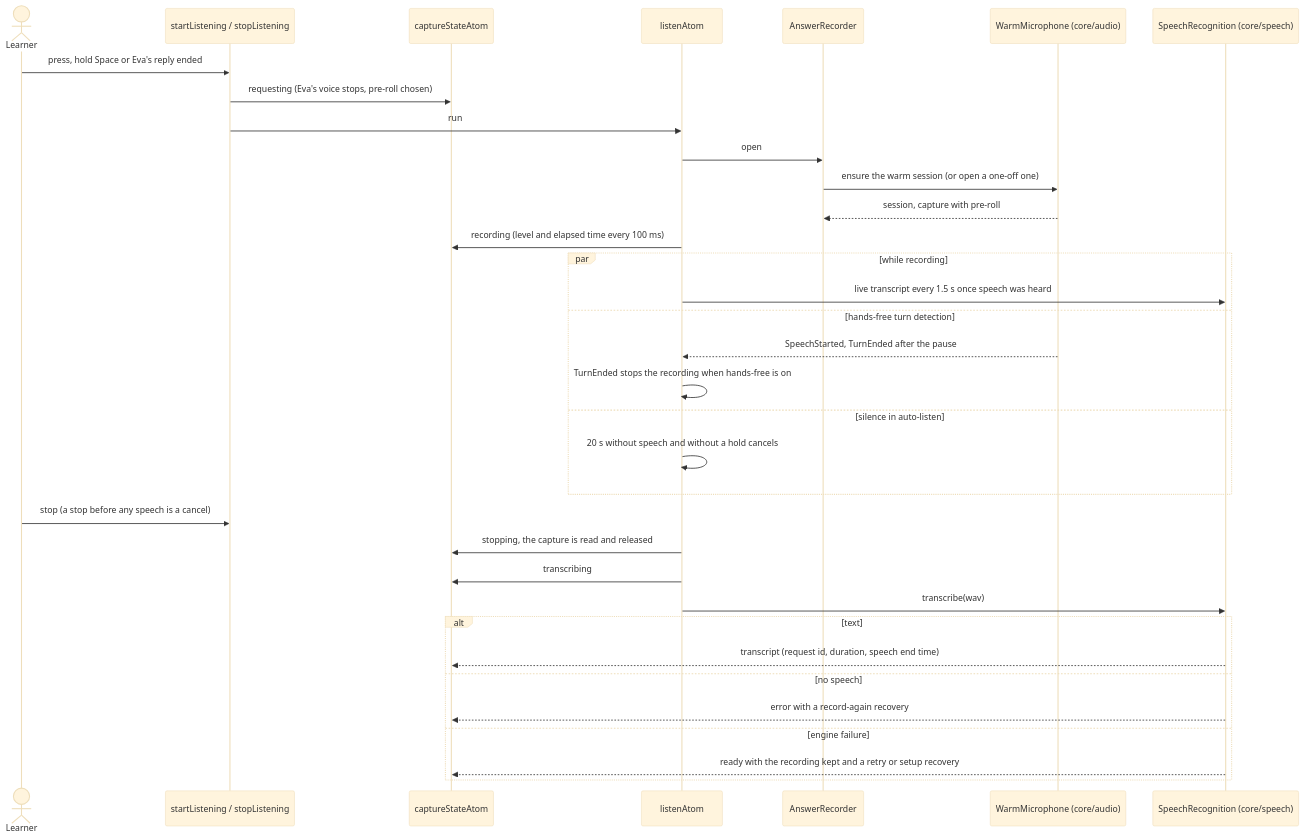
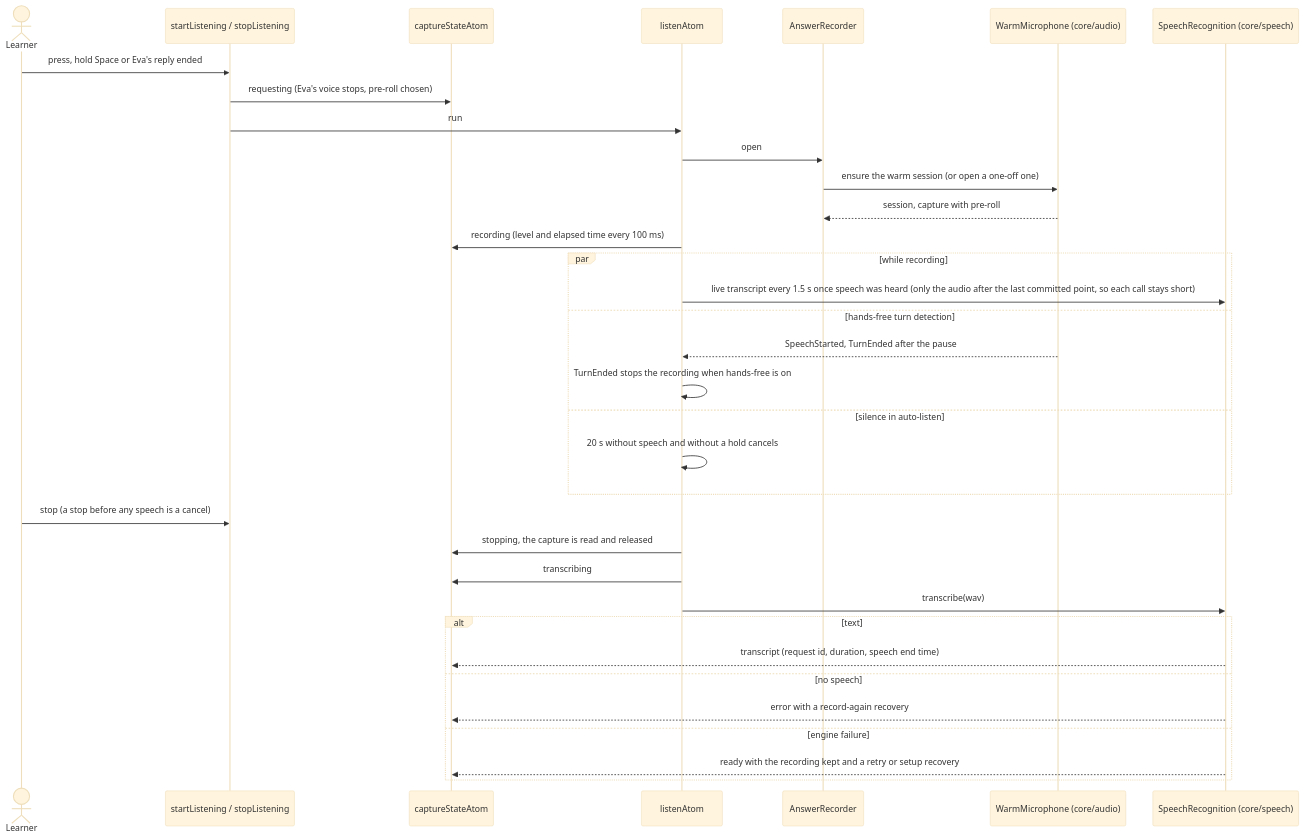
Before and after one commit to oleksii-latyshev/english-trainer: the diagram in src/core/answer-capture/flow.md, drawn with Mermaid (base theme). The commit also changed 18 other files, not shown here.

First line of the commit message:
fix(speech): live transcript shows words while the learner speaks (#153)

````diff
--- a/src/core/answer-capture/flow.md
+++ b/src/core/answer-capture/flow.md
@@ -9,37 +9,37 @@
 ```mermaid
 sequenceDiagram
     actor Learner
     participant Controls as startListening / stopListening
     participant State as captureStateAtom
     participant Listen as listenAtom
     participant Recorder as AnswerRecorder
     participant Warm as WarmMicrophone (core/audio)
     participant Whisper as SpeechRecognition (core/speech)
 
     Learner->>Controls: press, hold Space or Eva's reply ended
     Controls->>State: requesting (Eva's voice stops, pre-roll chosen)
     Controls->>Listen: run
     Listen->>Recorder: open
     Recorder->>Warm: ensure the warm session (or open a one-off one)
     Warm-->>Recorder: session, capture with pre-roll
     Listen->>State: recording (level and elapsed time every 100 ms)
     par while recording
-        Listen->>Whisper: live transcript every 1.5 s once speech was heard
+        Listen->>Whisper: live transcript every 1.5 s once speech was heard (only the audio after the last committed point, so each call stays short)
     and hands-free turn detection
         Warm-->>Listen: SpeechStarted, TurnEnded after the pause
         Listen->>Listen: TurnEnded stops the recording when hands-free is on
     and silence in auto-listen
         Listen->>Listen: 20 s without speech and without a hold cancels
     end
     Learner->>Controls: stop (a stop before any speech is a cancel)
     Listen->>State: stopping, the capture is read and released
     Listen->>State: transcribing
     Listen->>Whisper: transcribe(wav)
     alt text
         Whisper-->>State: transcript (request id, duration, speech end time)
     else no speech
         Whisper-->>State: error with a record-again recovery
     else engine failure
         Whisper-->>State: ready with the recording kept and a retry or setup recovery
     end
 ```
````
